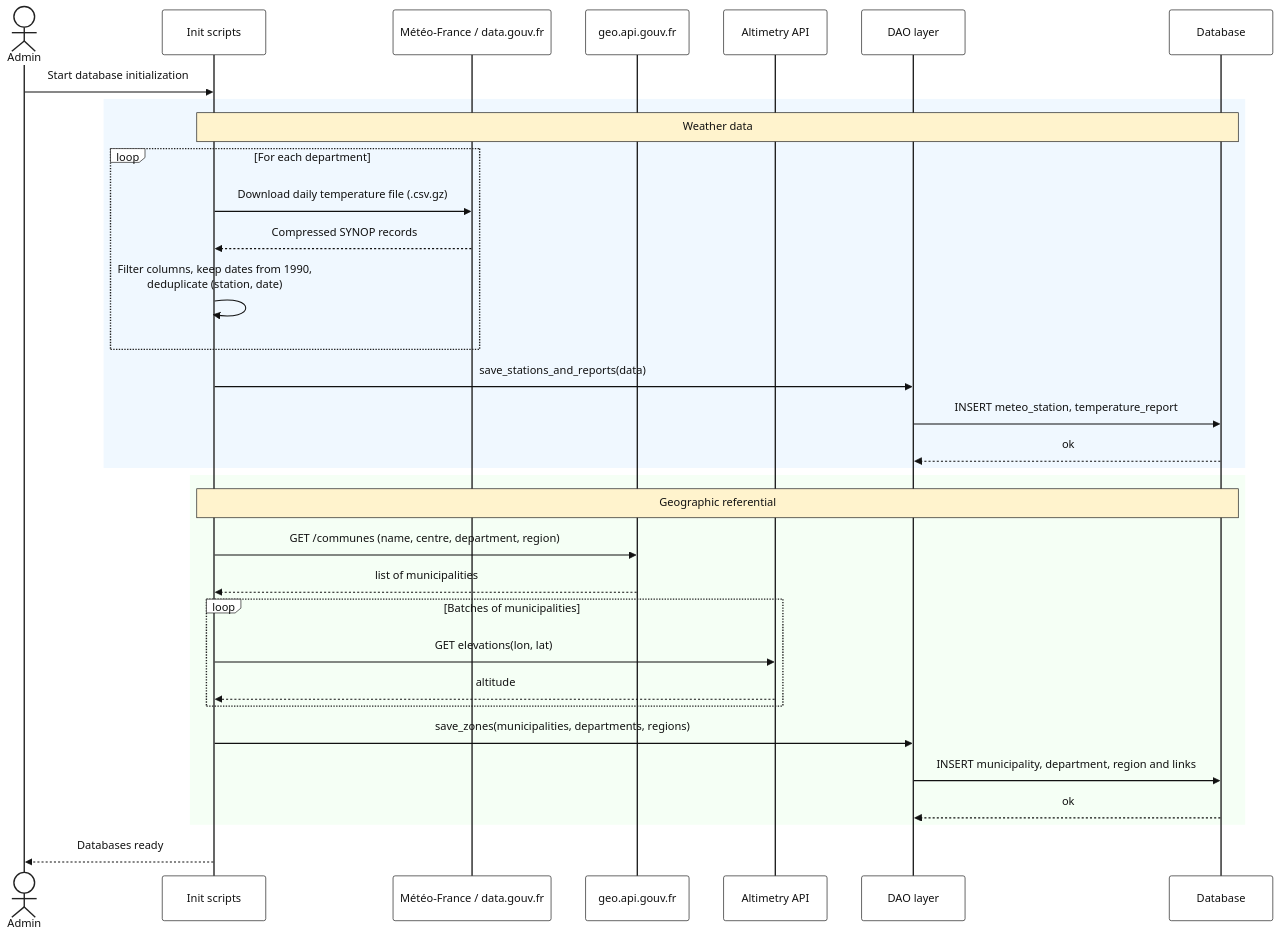
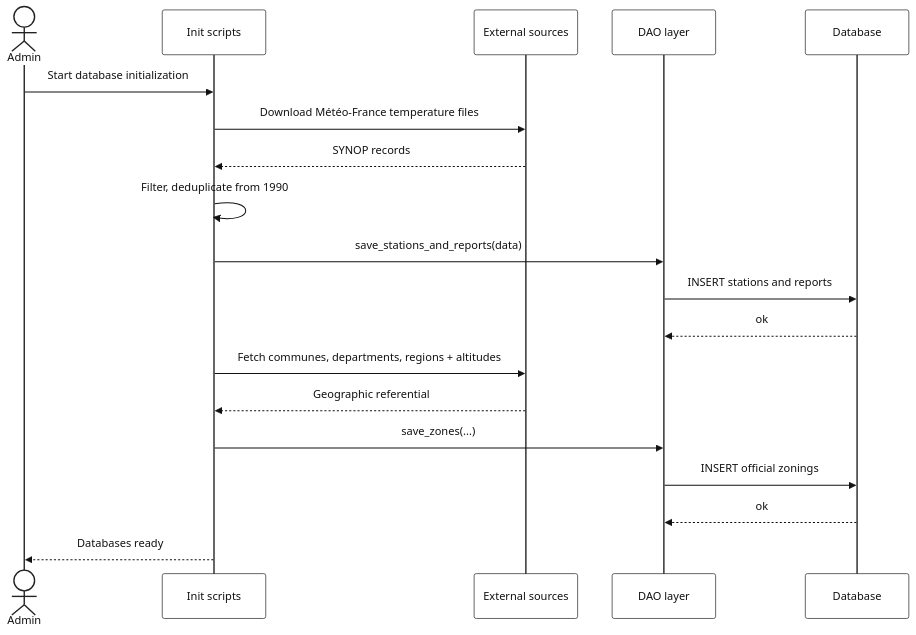
Before and after one commit to gabriel-dahan/ensai-it-project-2a-team12: the first of 8 diagrams in doc/sequence_diagram.md, drawn with Mermaid. The commit also changed other lines of this file and 18 other files, not shown here.

Commit message:
Simplified sequence diagrams

````diff
--- a/doc/sequence_diagram.md
+++ b/doc/sequence_diagram.md
@@ -14,73 +14,59 @@
 ```mermaid
 %%{
   init: {
     "theme": "base",
     "themeVariables": {
       "background": "#ffffff",
       "mainBkg": "#ffffff",
       "textColor": "#111111",
       "primaryColor": "#ffffff",
       "primaryTextColor": "#111111",
       "primaryBorderColor": "#222222",
       "secondaryColor": "#f3f4f6",
       "tertiaryColor": "#ffffff",
       "lineColor": "#222222",
       "actorBkg": "#ffffff",
       "actorBorder": "#222222",
       "actorTextColor": "#111111",
       "actorLineColor": "#222222",
       "signalColor": "#111111",
       "signalTextColor": "#111111",
       "labelBoxBkgColor": "#ffffff",
       "labelBoxBorderColor": "#222222",
       "labelTextColor": "#111111",
       "loopTextColor": "#111111",
       "noteBkgColor": "#fff3cd",
       "noteTextColor": "#111111",
       "noteBorderColor": "#222222",
       "activationBkgColor": "#e5e7eb",
       "activationBorderColor": "#222222",
       "sequenceNumberColor": "#ffffff",
       "fontFamily": "arial",
       "fontSize": "16px"
     }
   }
 }%%
 sequenceDiagram
     actor Admin
     participant Init as Init scripts
-    participant Meteo as Météo-France / data.gouv.fr
-    participant Geo as geo.api.gouv.fr
-    participant Alti as Altimetry API
+    participant Ext as External sources
     participant DAO as DAO layer
     participant DB as Database
 
     Admin->>Init: Start database initialization
 
-    rect rgb(240, 248, 255)
-        Note over Init,DB: Weather data
-        loop For each department
-            Init->>Meteo: Download daily temperature file (.csv.gz)
-            Meteo-->>Init: Compressed SYNOP records
-            Init->>Init: Filter columns, keep dates from 1990,<br/>deduplicate (station, date)
-        end
-        Init->>DAO: save_stations_and_reports(data)
-        DAO->>DB: INSERT meteo_station, temperature_report
-        DB-->>DAO: ok
-    end
+    Init->>Ext: Download Météo-France temperature files
+    Ext-->>Init: SYNOP records
+    Init->>Init: Filter, deduplicate from 1990
+    Init->>DAO: save_stations_and_reports(data)
+    DAO->>DB: INSERT stations and reports
+    DB-->>DAO: ok
 
-    rect rgb(245, 255, 245)
-        Note over Init,DB: Geographic referential
-        Init->>Geo: GET /communes (name, centre, department, region)
-        Geo-->>Init: list of municipalities
-        loop Batches of municipalities
-            Init->>Alti: GET elevations(lon, lat)
-            Alti-->>Init: altitude
-        end
-        Init->>DAO: save_zones(municipalities, departments, regions)
-        DAO->>DB: INSERT municipality, department, region and links
-        DB-->>DAO: ok
-    end
+    Init->>Ext: Fetch communes, departments, regions + altitudes
+    Ext-->>Init: Geographic referential
+    Init->>DAO: save_zones(...)
+    DAO->>DB: INSERT official zonings
+    DB-->>DAO: ok
 
     Init-->>Admin: Databases ready
 ```
````
